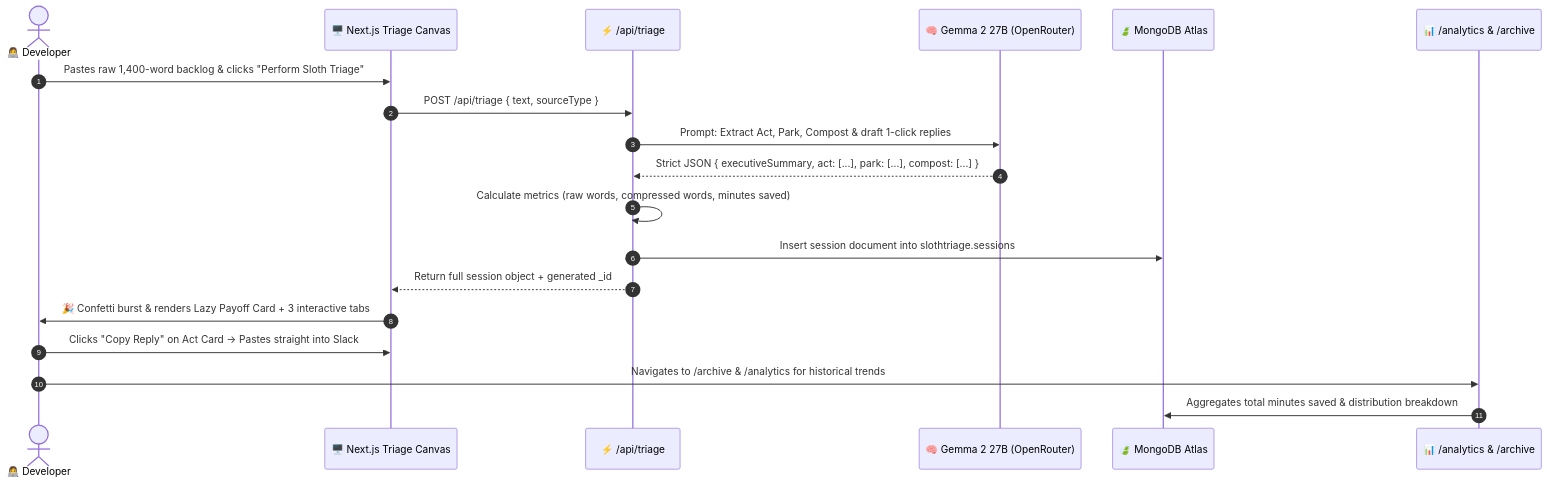
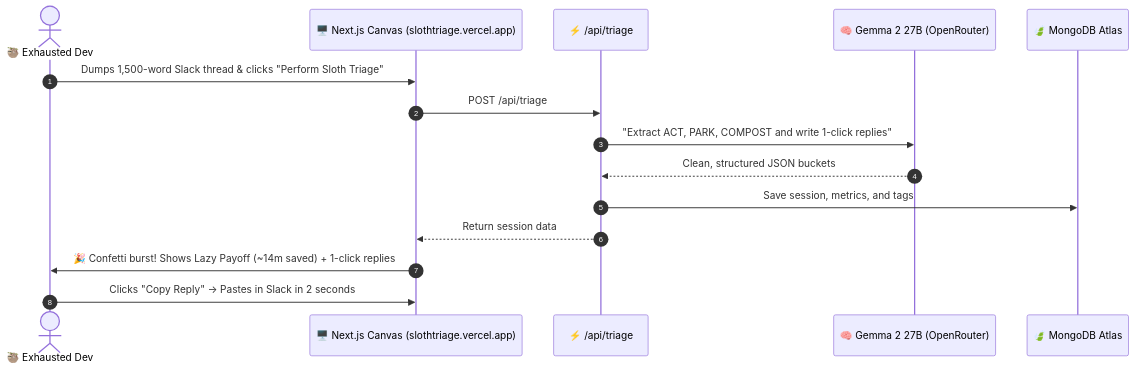
Before and after one commit to Ankit-Kum-ar/slothtriage: the diagram in DEV_SUBMISSION.md, drawn with Mermaid. The commit also changed other lines of this file, not shown here.

Commit message:
docs: streamline DEV submission with humor, short format, and live vercel link

````diff
--- a/DEV_SUBMISSION.md
+++ b/DEV_SUBMISSION.md
@@ -149,22 +86,18 @@
 ```mermaid
 sequenceDiagram
     autonumber
-    actor Dev as 👩‍💻 Developer
-    participant UI as 🖥️ Next.js Triage Canvas
+    actor Dev as 🦥 Exhausted Dev
+    participant UI as 🖥️ Next.js Canvas (slothtriage.vercel.app)
     participant API as ⚡ /api/triage
     participant AI as 🧠 Gemma 2 27B (OpenRouter)
     participant DB as 🍃 MongoDB Atlas
-    participant Ana as 📊 /analytics & /archive
 
-    Dev->>UI: Pastes raw 1,400-word backlog & clicks "Perform Sloth Triage"
-    UI->>API: POST /api/triage { text, sourceType }
-    API->>AI: Prompt: Extract Act, Park, Compost & draft 1-click replies
-    AI-->>API: Strict JSON { executiveSummary, act: [...], park: [...], compost: [...] }
-    API->>API: Calculate metrics (raw words, compressed words, minutes saved)
-    API->>DB: Insert session document into slothtriage.sessions
-    API-->>UI: Return full session object + generated _id
-    UI->>Dev: 🎉 Confetti burst & renders Lazy Payoff Card + 3 interactive tabs
-    Dev->>UI: Clicks "Copy Reply" on Act Card -> Pastes straight into Slack
-    Dev->>Ana: Navigates to /archive & /analytics for historical trends
-    Ana->>DB: Aggregates total minutes saved & distribution breakdown
+    Dev->>UI: Dumps 1,500-word Slack thread & clicks "Perform Sloth Triage"
+    UI->>API: POST /api/triage
+    API->>AI: "Extract ACT, PARK, COMPOST and write 1-click replies"
+    AI-->>API: Clean, structured JSON buckets
+    API->>DB: Save session, metrics, and tags
+    API-->>UI: Return session data
+    UI->>Dev: 🎉 Confetti burst! Shows Lazy Payoff (~14m saved) + 1-click replies
+    Dev->>UI: Clicks "Copy Reply" -> Pastes in Slack in 2 seconds
 ```
````
